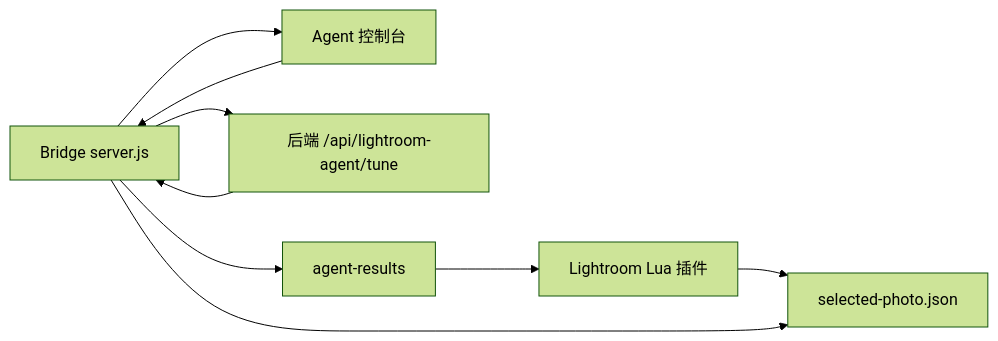
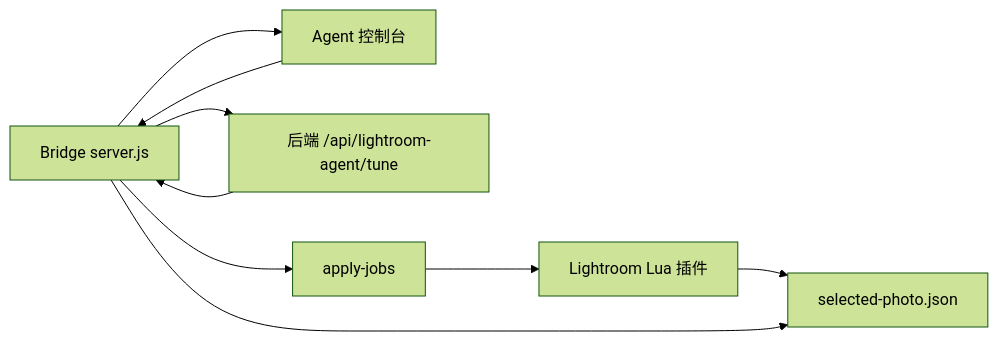
Before and after one commit to malchinee255/TonePilot: the fourth of 4 diagrams in docs/architecture.md, drawn with Mermaid (forest theme). The commit also changed other lines of this file and 113 other files, not shown here.

````diff
--- a/docs/architecture.md
+++ b/docs/architecture.md
@@ -90,11 +108,11 @@
 ```mermaid
 flowchart LR
   A["Lightroom Lua 插件"] --> B["selected-photo.json"]
   C["Bridge server.js"] --> B
   C --> D["Agent 控制台"]
   D --> C
   C --> E["后端 /api/lightroom-agent/tune"]
   E --> C
-  C --> F["agent-results"]
+  C --> F["apply-jobs"]
   F --> A
 ```
````
